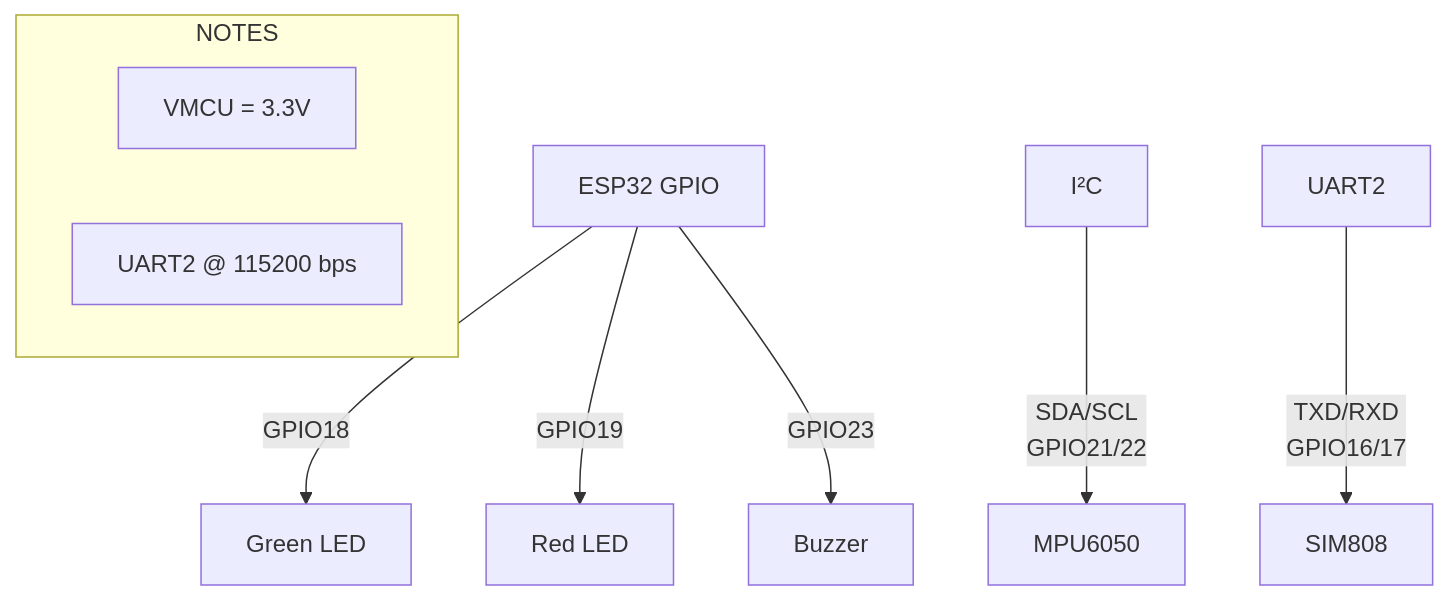
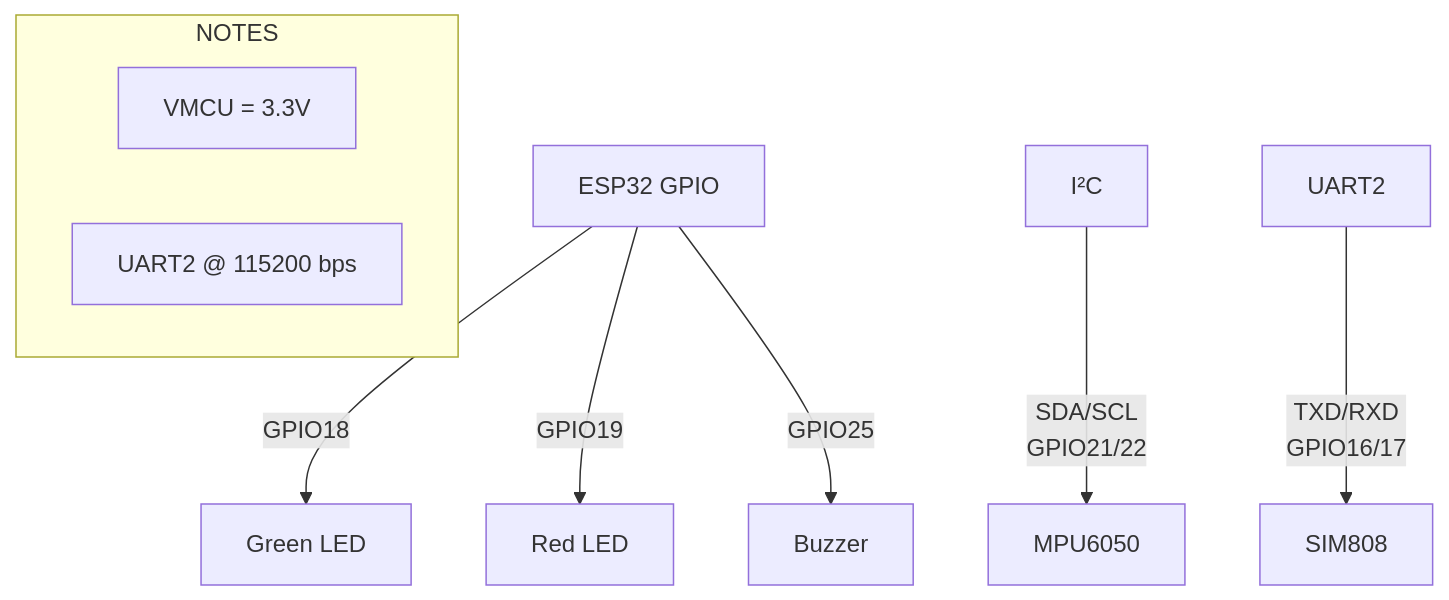
Before and after one commit to qppd/smart-vehicle-impact-detection-device: the fourth of 6 diagrams in docs/BLOCK-DIAGRAM.md, drawn with Mermaid. The commit also changed 10 other files, not shown here.

````diff
--- a/docs/BLOCK-DIAGRAM.md
+++ b/docs/BLOCK-DIAGRAM.md
@@ -113,17 +113,17 @@
 ```mermaid
 graph TB
     ESP32["ESP32 GPIO"]
     I2C["I²C"]
     UART["UART2"]
 
     I2C -- "SDA/SCL<br/>GPIO21/22" --> MPU6050["MPU6050"]
     UART -- "TXD/RXD<br/>GPIO16/17" --> SIM808["SIM808"]
     ESP32 -- "GPIO18" --> GREEN["Green LED"]
     ESP32 -- "GPIO19" --> RED["Red LED"]
-    ESP32 -- "GPIO23" --> BUZZ["Buzzer"]
+    ESP32 -- "GPIO25" --> BUZZ["Buzzer"]
 
     subgraph NOTES["NOTES"]
         VMCU["VMCU = 3.3V"]
         BAUD["UART2 @ 115200 bps"]
     end
 ```
````
